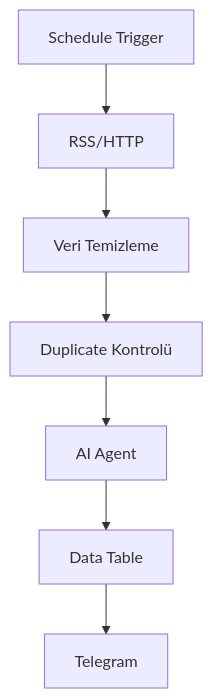
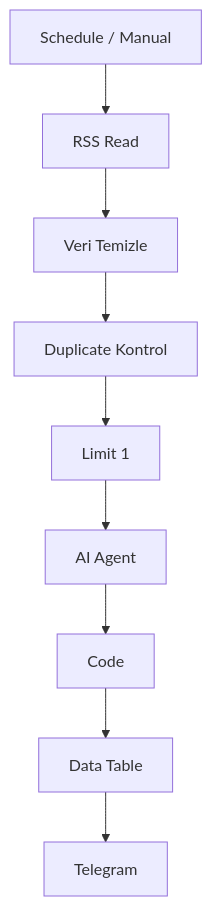
One commit to mustafaxln/social-media-agent changed the third of 5 diagrams in docs/akis-semasi.md. Above: the diagram before and after it, drawn with Mermaid. The commit also changed other lines of this file and 28 other files, not shown here.

````diff
--- a/docs/akis-semasi.md
+++ b/docs/akis-semasi.md
@@ -29,9 +32,11 @@
 ```mermaid
 flowchart TD
-    A[Schedule Trigger] --> B[RSS/HTTP]
-    B --> C[Veri Temizleme]
-    C --> D[Duplicate Kontrolü]
-    D --> E[AI Agent]
-    E --> F[Data Table]
-    F --> G[Telegram]
+    A[Schedule / Manual] --> B[RSS Read]
+    B --> C[Veri Temizle]
+    C --> D[Duplicate Kontrol]
+    D --> E[Limit 1]
+    E --> F[AI Agent]
+    F --> G[Code]
+    G --> H[Data Table]
+    H --> I[Telegram]
 ```
````
